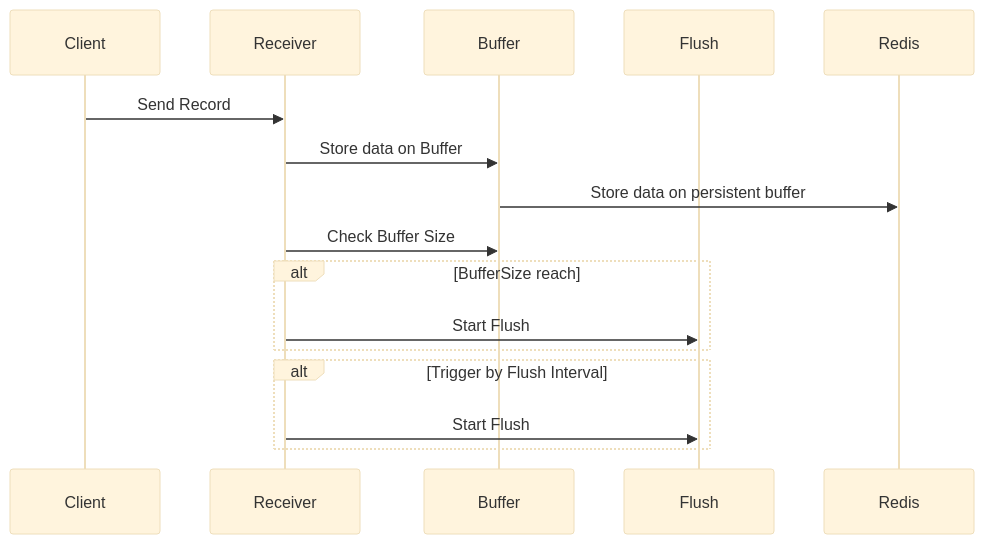
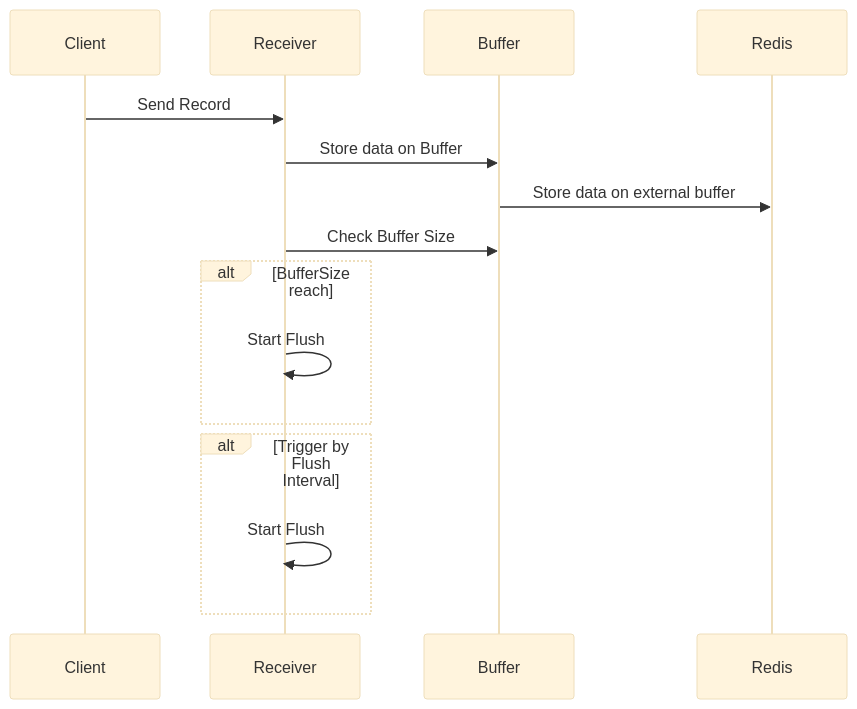
One commit to RafaelFino/Data2Parquet-go changed the first of 2 diagrams in README.md. Above: the diagram before and after it, drawn with Mermaid (base theme). The commit also changed other lines of this file and 5 other files, not shown here.

````diff
--- a/README.md
+++ b/README.md
@@ -8,19 +8,18 @@
 ```mermaid
 sequenceDiagram
     participant Client
     participant Receiver
     participant Buffer
-	participant Flush
     participant Redis
 
     Client->>Receiver: Send Record
     Receiver->>Buffer: Store data on Buffer
-	Buffer->>Redis: Store data on persistent buffer
+	Buffer->>Redis: Store data on external buffer
     Receiver->>Buffer: Check Buffer Size
 	alt BufferSize reach
-		Receiver->>Flush: Start Flush
+		Receiver->>Receiver: Start Flush
 	end
 	alt Trigger by Flush Interval
-		Receiver->>Flush: Start Flush
+		Receiver->>Receiver: Start Flush
     end
 ```
````
